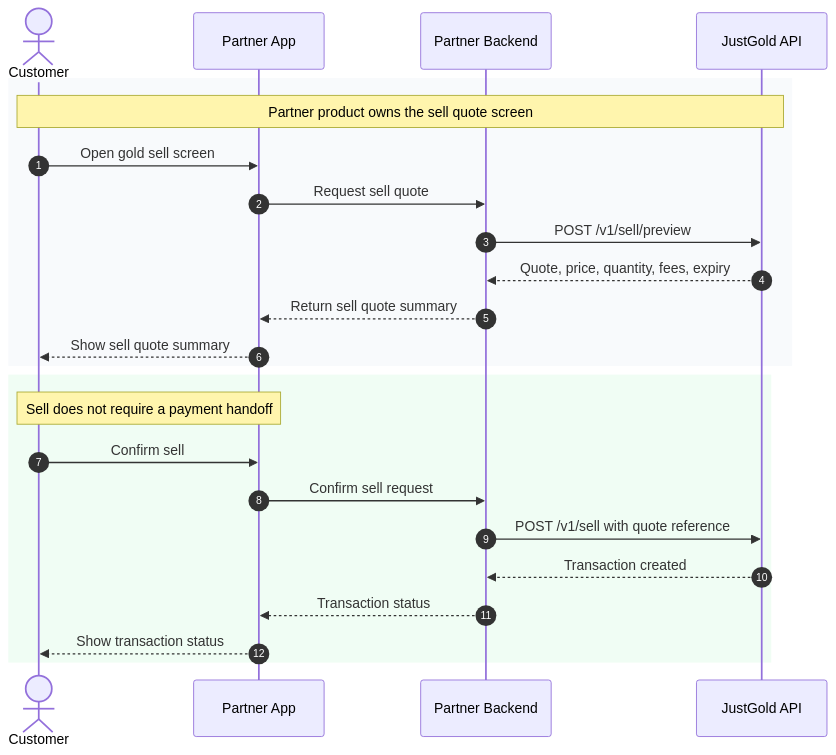
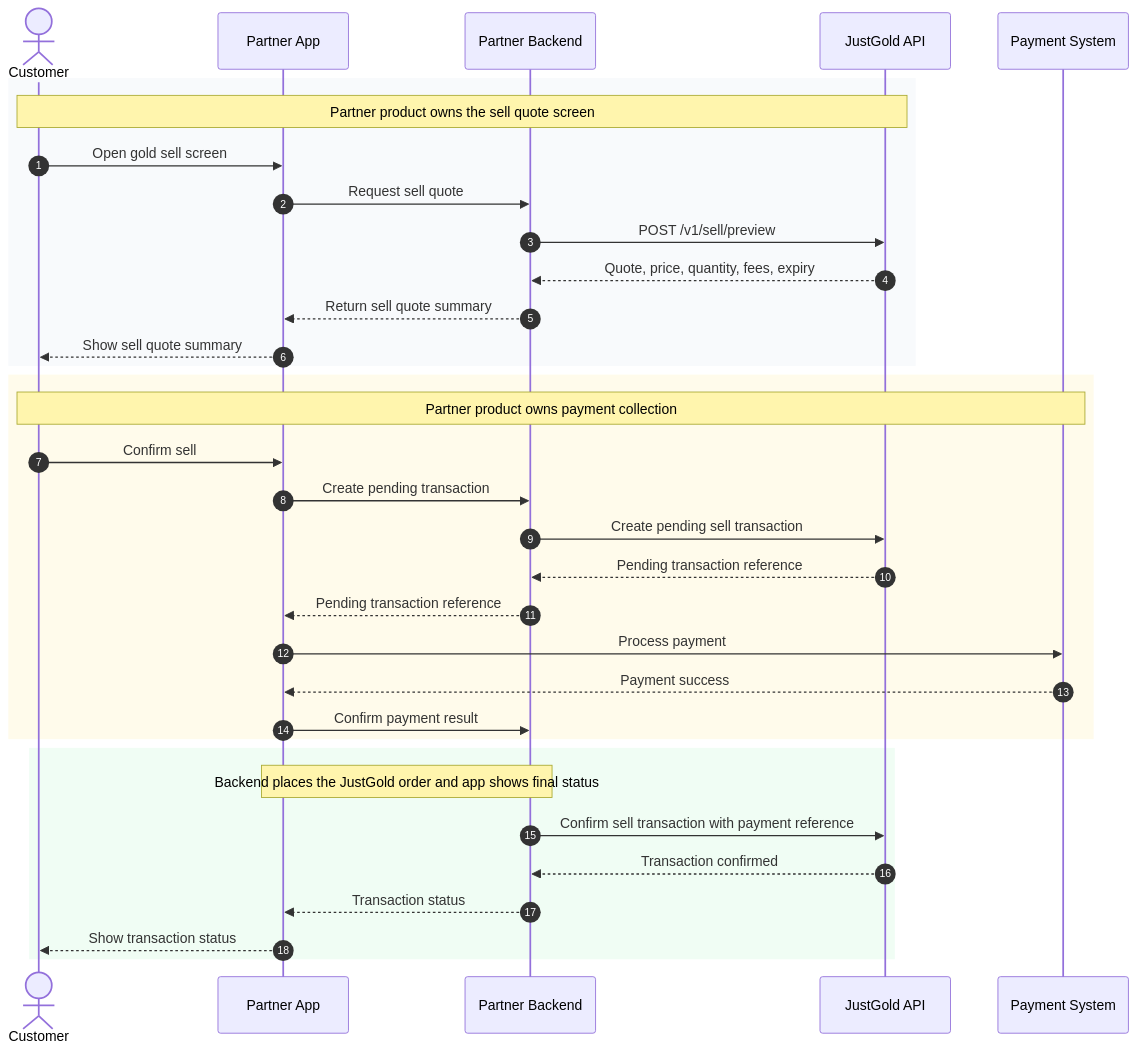
One commit to Just-Gold-JG/docs changed the third of 4 diagrams in api/overview.md. Above: the diagram before and after it, drawn with Mermaid.

Commit message:
Sell docs updated2

````diff
--- a/api/overview.md
+++ b/api/overview.md
@@ -93,28 +93,39 @@
 ```mermaid
 sequenceDiagram
     autonumber
     actor Customer
     participant App as Partner App
     participant Backend as Partner Backend
     participant JG as JustGold API
+    participant Pay as Payment System
 
     rect rgb(248, 250, 252)
         Note over Customer,JG: Partner product owns the sell quote screen
         Customer->>App: Open gold sell screen
         App->>Backend: Request sell quote
         Backend->>JG: POST /v1/sell/preview
         JG-->>Backend: Quote, price, quantity, fees, expiry
         Backend-->>App: Return sell quote summary
         App-->>Customer: Show sell quote summary
     end
 
+    rect rgb(255, 251, 235)
+        Note over Customer,Pay: Partner product owns payment collection
+        Customer->>App: Confirm sell
+        App->>Backend: Create pending transaction
+        Backend->>JG: Create pending sell transaction
+        JG-->>Backend: Pending transaction reference
+        Backend-->>App: Pending transaction reference
+        App->>Pay: Process payment
+        Pay-->>App: Payment success
+        App->>Backend: Confirm payment result
+    end
+
     rect rgb(240, 253, 244)
-        Note over Customer,App: Sell does not require a payment handoff
-        Customer->>App: Confirm sell
-        App->>Backend: Confirm sell request
-        Backend->>JG: POST /v1/sell with quote reference
-        JG-->>Backend: Transaction created
+        Note over Backend,App: Backend places the JustGold order and app shows final status
+        Backend->>JG: Confirm sell transaction with payment reference
+        JG-->>Backend: Transaction confirmed
         Backend-->>App: Transaction status
         App-->>Customer: Show transaction status
     end
 ```
````
